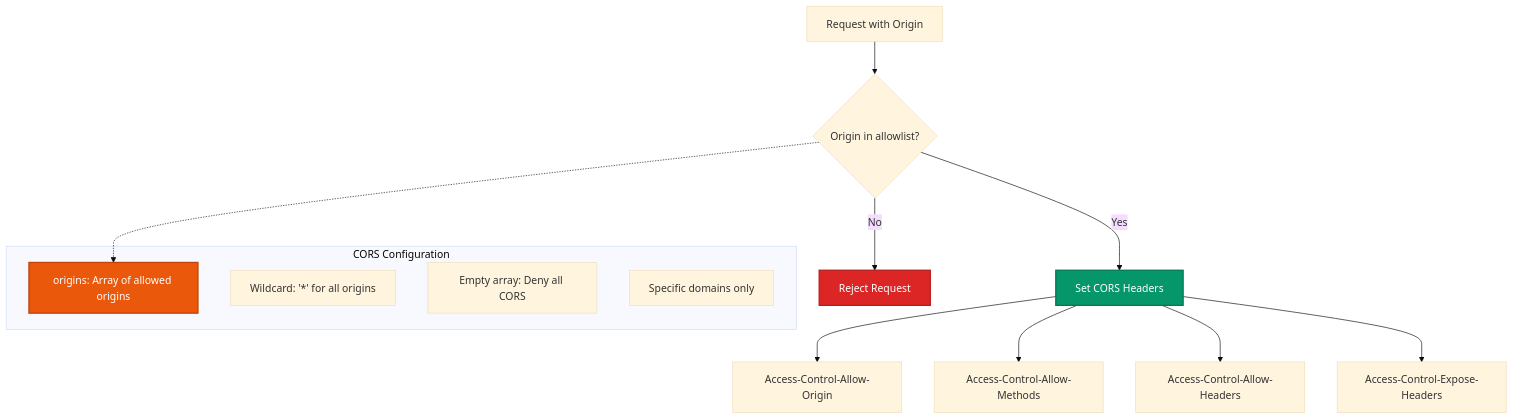
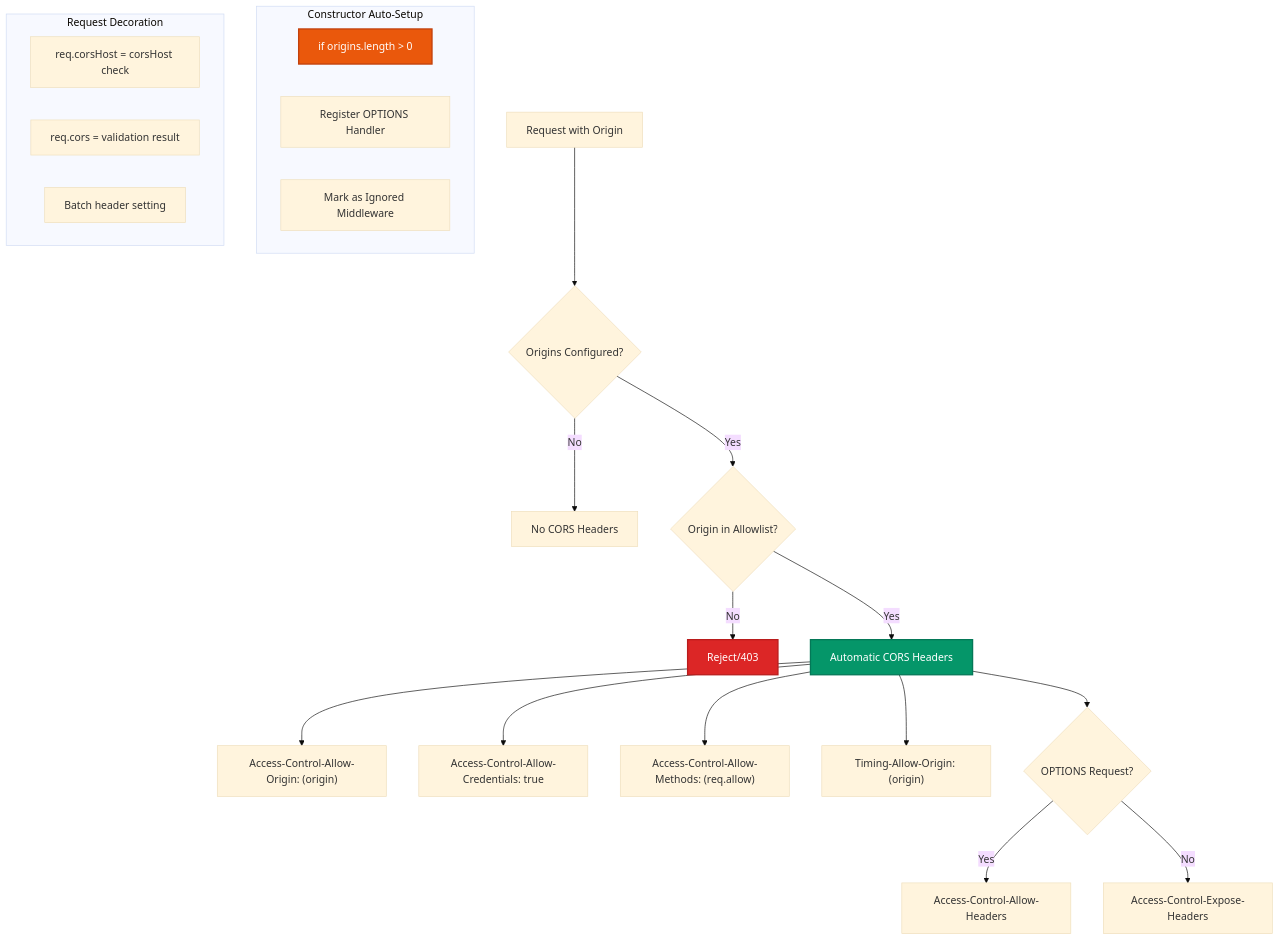
Before and after one commit to avoidwork/woodland: the sixth of 9 diagrams in docs/TECHNICAL_DOCUMENTATION.md, drawn with Mermaid (base theme). The commit also changed other lines of this file and 1 other file, not shown here.

````diff
--- a/docs/TECHNICAL_DOCUMENTATION.md
+++ b/docs/TECHNICAL_DOCUMENTATION.md
@@ -334,24 +349,32 @@
 ```mermaid
 graph TB
-    A[Request with Origin] --> B{Origin in allowlist?}
-    B -->|Yes| C[Set CORS Headers]
-    B -->|No| D[Reject Request]
+    A[Request with Origin] --> B{Origins Configured?}
+    B -->|No| C[No CORS Headers]
+    B -->|Yes| D{Origin in Allowlist?}
+    D -->|No| E[Reject/403]
+    D -->|Yes| F[Automatic CORS Headers]
     
-    C --> E[Access-Control-Allow-Origin]
-    C --> F[Access-Control-Allow-Methods]
-    C --> G[Access-Control-Allow-Headers]
-    C --> H[Access-Control-Expose-Headers]
+    F --> G["Access-Control-Allow-Origin: (origin)"]
+    F --> H["Access-Control-Allow-Credentials: true"]
+    F --> I["Access-Control-Allow-Methods: (req.allow)"]
+    F --> J["Timing-Allow-Origin: (origin)"]
+    F --> K{OPTIONS Request?}
+    K -->|Yes| L["Access-Control-Allow-Headers"]
+    K -->|No| M["Access-Control-Expose-Headers"]
     
-    subgraph "CORS Configuration"
-        I[origins: Array of allowed origins]
-        J[Wildcard: '*' for all origins]
-        K[Empty array: Deny all CORS]
-        L[Specific domains only]
+    subgraph "Constructor Auto-Setup"
+        N[if origins.length > 0]
+        O[Register OPTIONS Handler]
+        P[Mark as Ignored Middleware]
     end
     
-    B -.-> I
+    subgraph "Request Decoration"
+        Q[req.corsHost = corsHost check]
+        R[req.cors = validation result]
+        S[Batch header setting]
+    end
     
-    style D fill:#dc2626,stroke:#b91c1c,stroke-width:2px,color:#ffffff
-    style C fill:#059669,stroke:#047857,stroke-width:2px,color:#ffffff
-    style I fill:#ea580c,stroke:#c2410c,stroke-width:2px,color:#ffffff
+    style E fill:#dc2626,stroke:#b91c1c,stroke-width:2px,color:#ffffff
+    style F fill:#059669,stroke:#047857,stroke-width:2px,color:#ffffff
+    style N fill:#ea580c,stroke:#c2410c,stroke-width:2px,color:#ffffff
 ```
````
